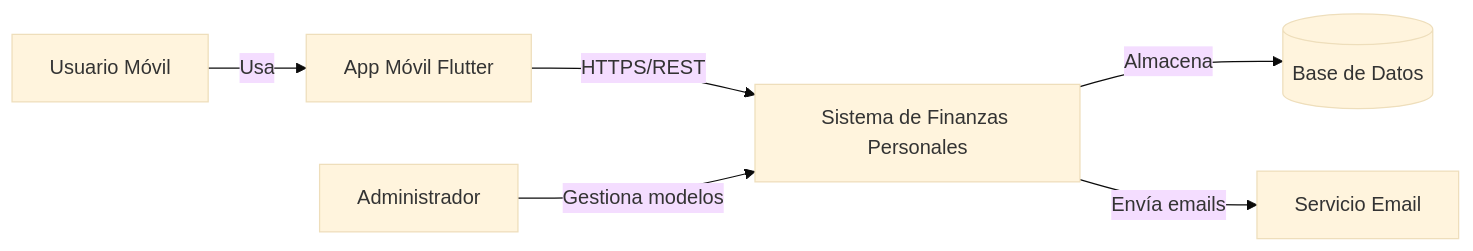
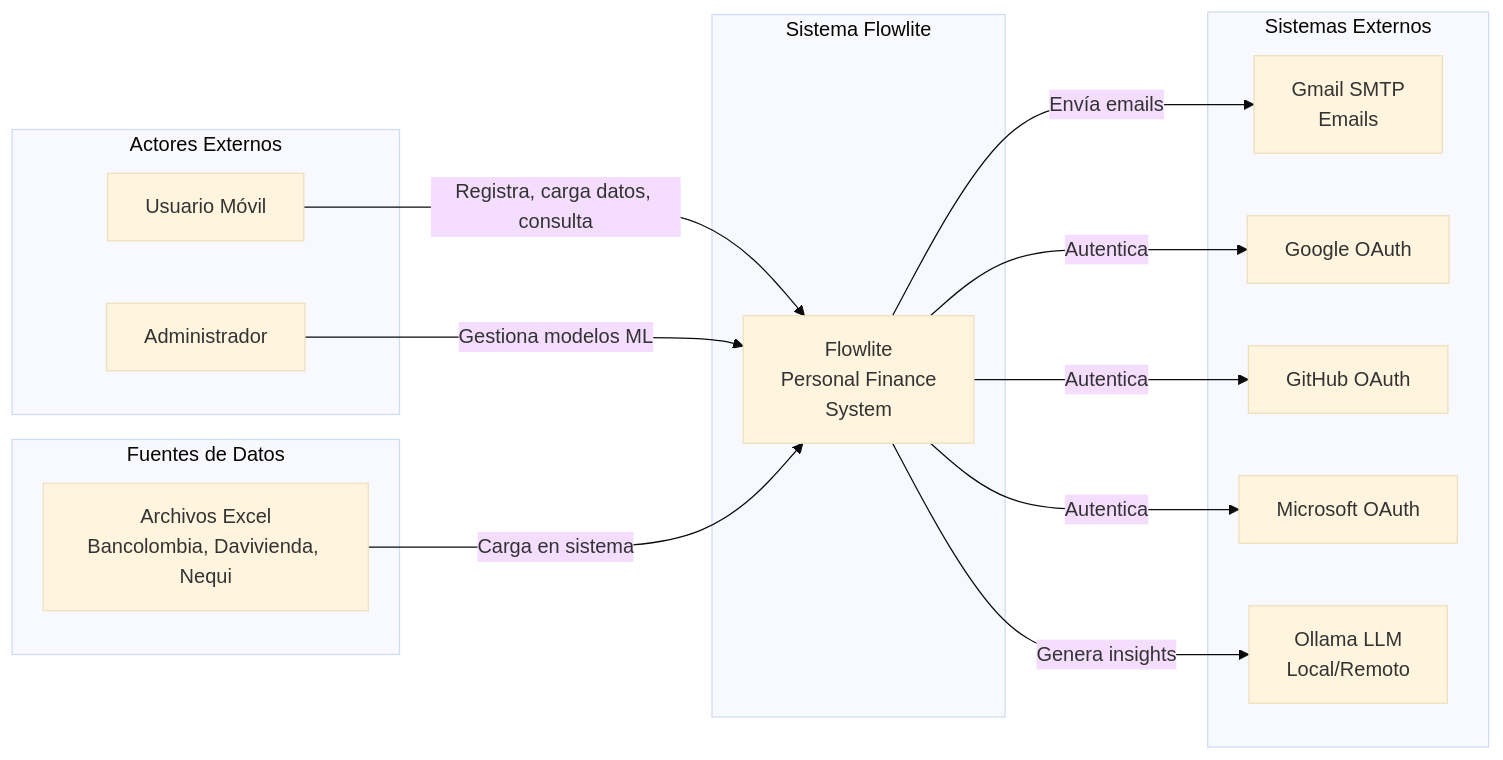
One commit to Pliperkiller/Flowlite-Personal-Finance changed the second of 4 diagrams in ADD/ADD_iter1.md. Above: the diagram before and after it, drawn with Mermaid (base theme). The commit also changed other lines of this file and 6 other files, not shown here.

````diff
--- a/ADD/ADD_iter1.md
+++ b/ADD/ADD_iter1.md
@@ -527,8 +603,32 @@
 ```mermaid
 graph LR
-    User[Usuario Móvil] -->|Usa| Mobile[App Móvil Flutter]
-    Mobile -->|HTTPS/REST| System[Sistema de Finanzas Personales]
-    System -->|Almacena| DB[(Base de Datos)]
-    System -->|Envía emails| Email[Servicio Email]
-    Admin[Administrador] -->|Gestiona modelos| System
+    subgraph "Actores Externos"
+        User[Usuario Móvil]
+        Admin[Administrador]
+    end
+
+    subgraph "Sistema Flowlite"
+        System[Flowlite<br/>Personal Finance<br/>System]
+    end
+
+    subgraph "Sistemas Externos"
+        Gmail[Gmail SMTP<br/>Emails]
+        Google[Google OAuth]
+        GitHub[GitHub OAuth]
+        Microsoft[Microsoft OAuth]
+        Ollama[Ollama LLM<br/>Local/Remoto]
+    end
+
+    subgraph "Fuentes de Datos"
+        Excel[Archivos Excel<br/>Bancolombia, Davivienda, Nequi]
+    end
+
+    User -->|Registra, carga datos, consulta| System
+    Admin -->|Gestiona modelos ML| System
+    System -->|Envía emails| Gmail
+    System -->|Autentica| Google
+    System -->|Autentica| GitHub
+    System -->|Autentica| Microsoft
+    System -->|Genera insights| Ollama
+    Excel -->|Carga en sistema| System
 ```
````
